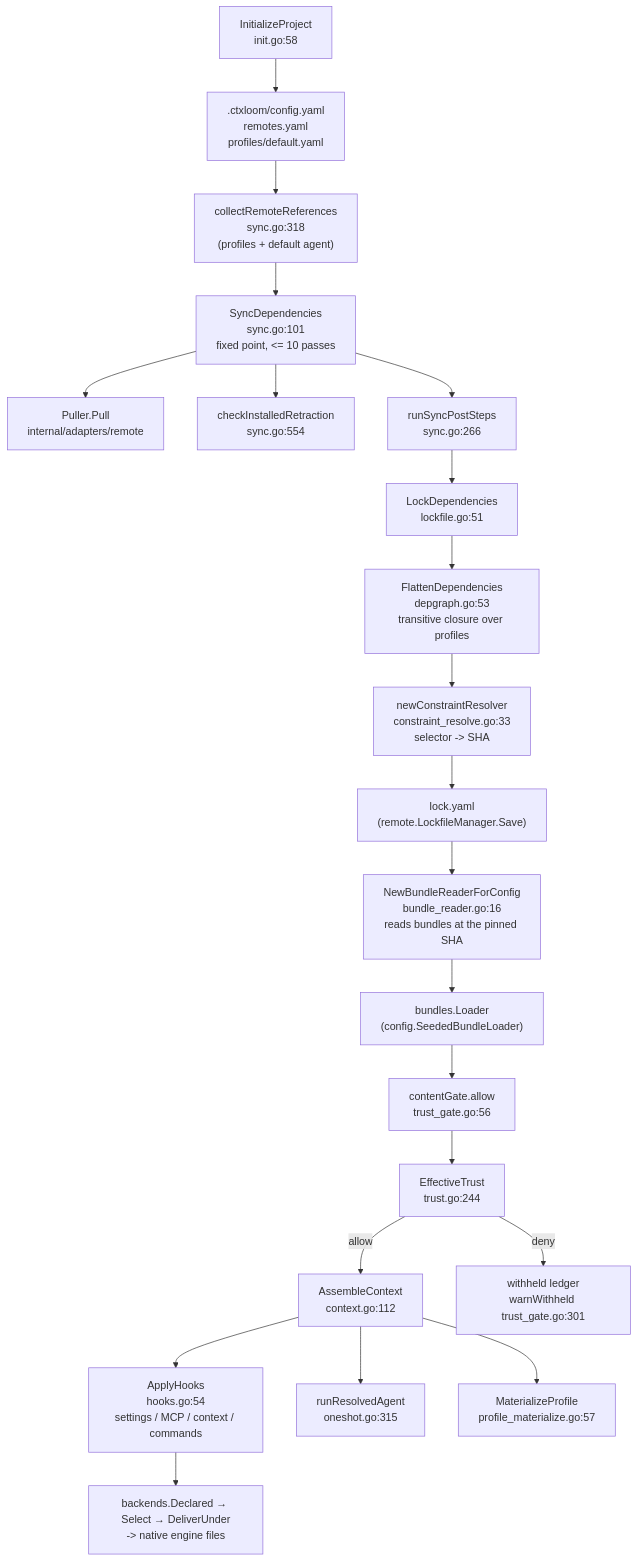
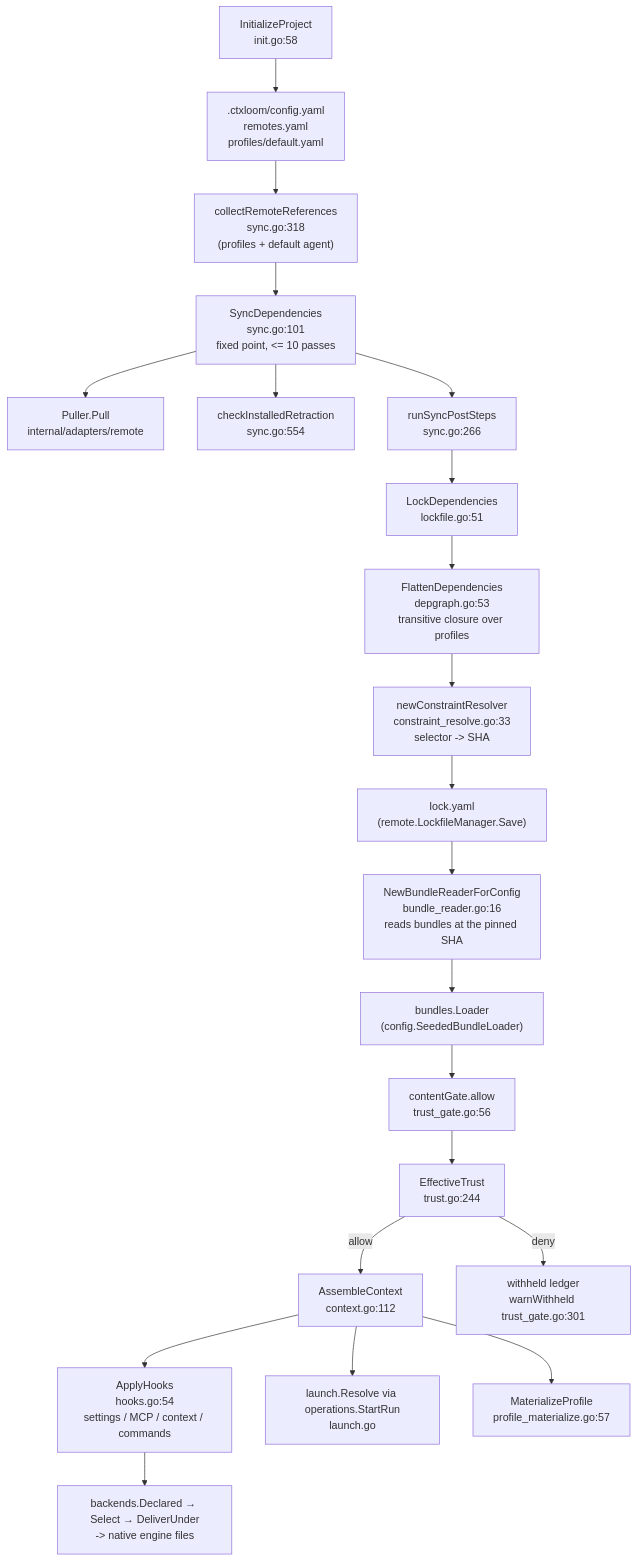
Before and after one commit to ctxloom/ctxloom: the first of 2 diagrams in docs/architecture/core/operations.md, drawn with Mermaid. The commit also changed other lines of this file and 6 other files, not shown here.

First line of the commit message:
docs(architecture): launch.md is born; §2.1 and §2.2 A/C carry the landed resolver; plan collapse pinned on every path

````diff
--- a/docs/architecture/core/operations.md
+++ b/docs/architecture/core/operations.md
@@ -46,28 +49,28 @@
 ```mermaid
 flowchart TD
     INIT["InitializeProject<br/>init.go:58"] --> CFG[".ctxloom/config.yaml<br/>remotes.yaml<br/>profiles/default.yaml"]
 
     CFG --> COLLECT["collectRemoteReferences<br/>sync.go:318<br/>(profiles + default agent)"]
     COLLECT --> SYNC["SyncDependencies<br/>sync.go:101<br/>fixed point, <= 10 passes"]
     SYNC --> PULL["Puller.Pull<br/>internal/adapters/remote"]
     SYNC --> RETR["checkInstalledRetraction<br/>sync.go:554"]
     SYNC --> POST["runSyncPostSteps<br/>sync.go:266"]
 
     POST --> LOCKSTEP["LockDependencies<br/>lockfile.go:51"]
     LOCKSTEP --> FLAT["FlattenDependencies<br/>depgraph.go:53<br/>transitive closure over profiles"]
     FLAT --> CONSTRAINT["newConstraintResolver<br/>constraint_resolve.go:33<br/>selector -> SHA"]
     CONSTRAINT --> LOCK["lock.yaml<br/>(remote.LockfileManager.Save)"]
 
     LOCK --> READER["NewBundleReaderForConfig<br/>bundle_reader.go:16<br/>reads bundles at the pinned SHA"]
     READER --> LOADER["bundles.Loader<br/>(config.SeededBundleLoader)"]
 
     LOADER --> GATE["contentGate.allow<br/>trust_gate.go:56"]
     GATE --> ET["EffectiveTrust<br/>trust.go:244"]
     ET -->|allow| ASM["AssembleContext<br/>context.go:112"]
     ET -->|deny| WITHHELD["withheld ledger<br/>warnWithheld trust_gate.go:301"]
 
     ASM --> APPLY["ApplyHooks<br/>hooks.go:54<br/>settings / MCP / context / commands"]
-    ASM --> RUN["runResolvedAgent<br/>oneshot.go:315"]
+    ASM --> RUN["launch.Resolve via operations.StartRun<br/>launch.go"]
     ASM --> MAT["MaterializeProfile<br/>profile_materialize.go:57"]
     APPLY --> SURF["backends.Declared → Select → DeliverUnder<br/>-> native engine files"]
 ```
````
